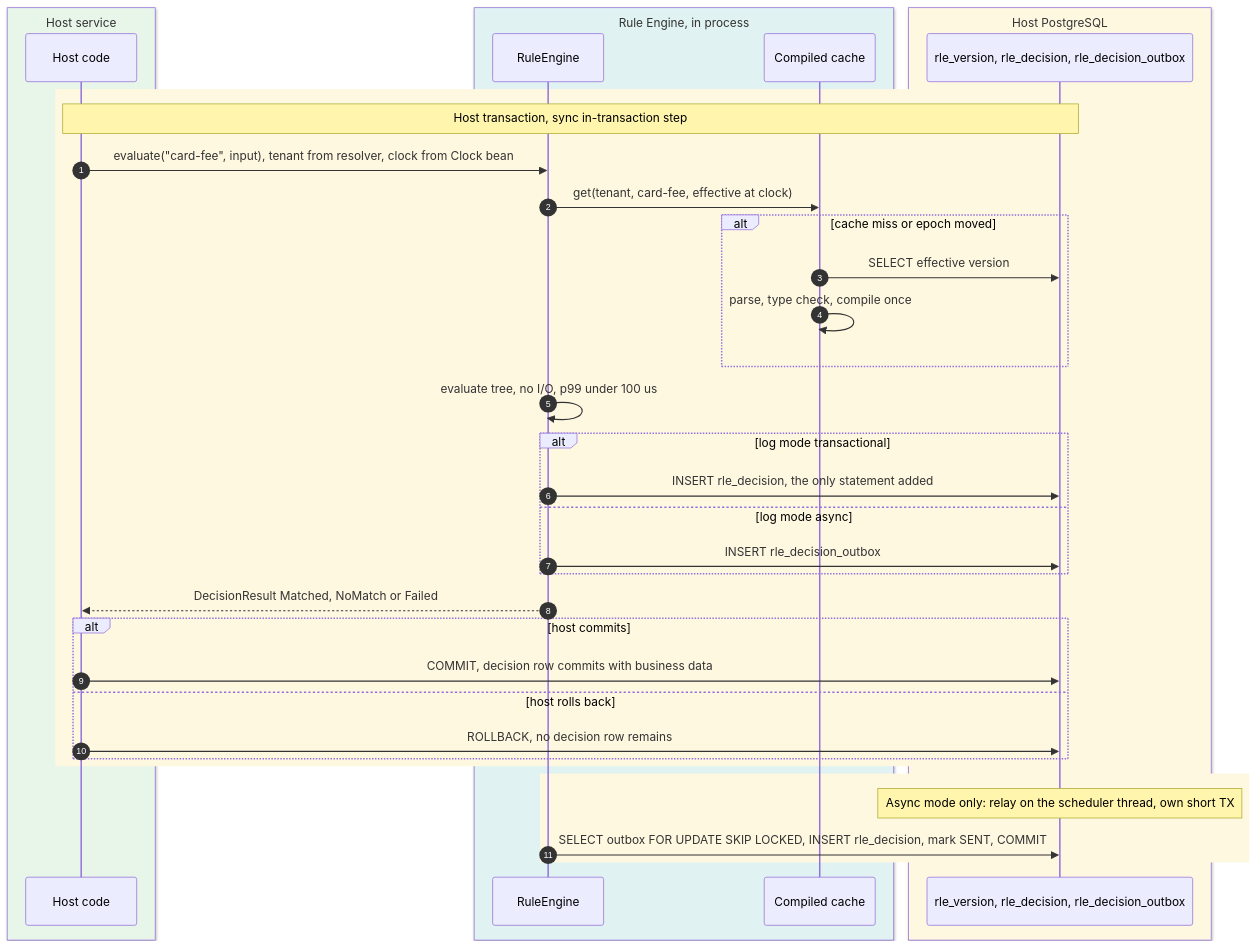
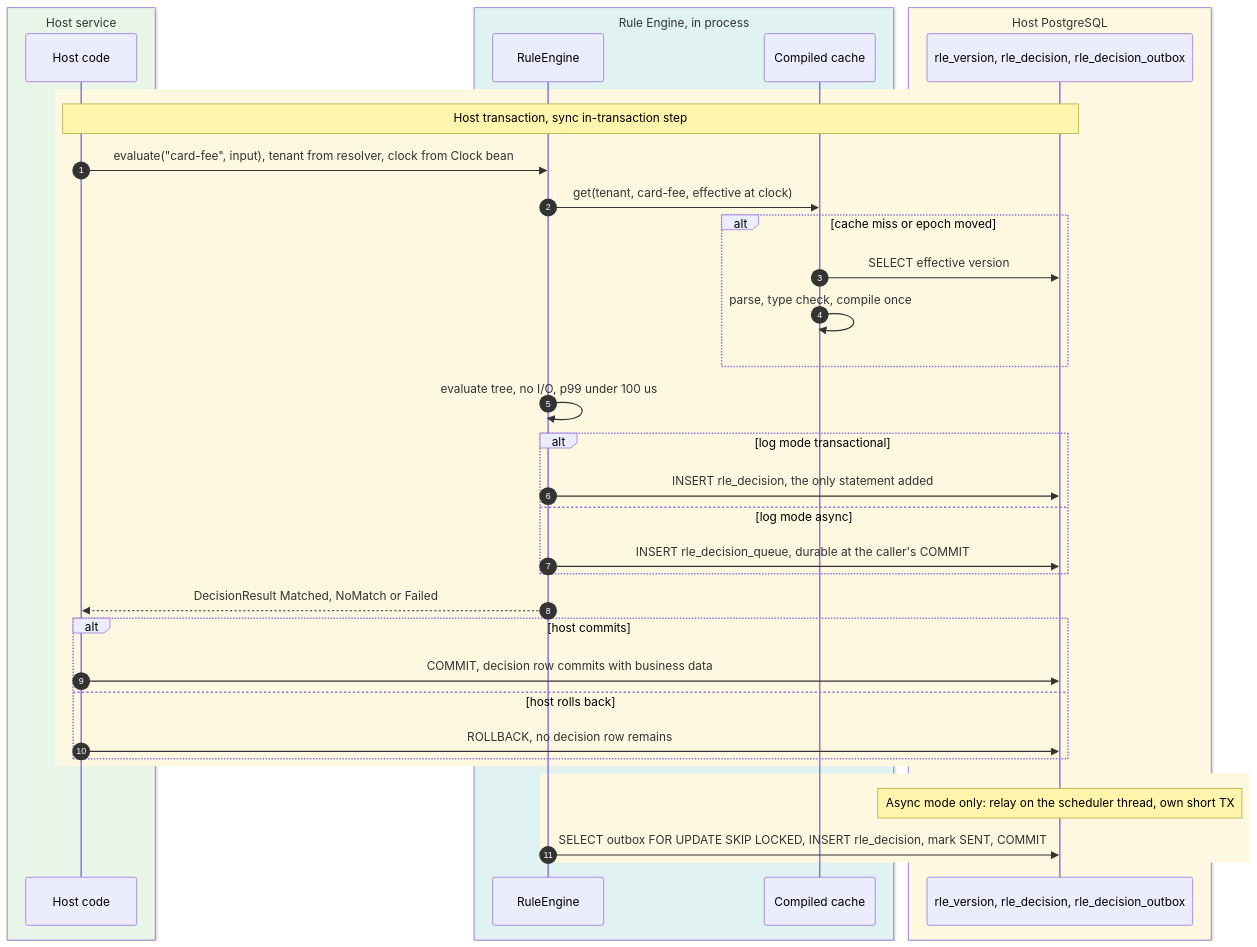
Before and after one commit to dhluong90/horus-Agentic-BPM: the diagram in rule-engine/docs/diagrams/evaluate-decision.mmd, drawn with Mermaid. The commit also changed 29 other files, not shown here.

First line of the commit message:
feat(rule-engine): opt-in asynchronous decision log with a durable queue and a named refusal (#45)

```diff
--- a/rule-engine/docs/diagrams/evaluate-decision.mmd
+++ b/rule-engine/docs/diagrams/evaluate-decision.mmd
@@ -1,37 +1,37 @@
 sequenceDiagram
   autonumber
   box rgb(232,245,233) Host service
     participant A as Host code
   end
   box rgb(224,242,241) Rule Engine, in process
     participant E as RuleEngine
     participant C as Compiled cache
   end
   box rgb(255,248,225) Host PostgreSQL
     participant DB as rle_version, rle_decision, rle_decision_outbox
   end
   rect rgb(255,248,225)
     Note over A,DB: Host transaction, sync in-transaction step
     A->>E: evaluate("card-fee", input), tenant from resolver, clock from Clock bean
     E->>C: get(tenant, card-fee, effective at clock)
     alt cache miss or epoch moved
       C->>DB: SELECT effective version
       C->>C: parse, type check, compile once
     end
     E->>E: evaluate tree, no I/O, p99 under 100 us
     alt log mode transactional
       E->>DB: INSERT rle_decision, the only statement added
     else log mode async
-      E->>DB: INSERT rle_decision_outbox
+      E->>DB: INSERT rle_decision_queue, durable at the caller's COMMIT
     end
     E-->>A: DecisionResult Matched, NoMatch or Failed
     alt host commits
       A->>DB: COMMIT, decision row commits with business data
     else host rolls back
       A->>DB: ROLLBACK, no decision row remains
     end
   end
   rect rgb(255,248,225)
     Note over DB: Async mode only: relay on the scheduler thread, own short TX
     E->>DB: SELECT outbox FOR UPDATE SKIP LOCKED, INSERT rle_decision, mark SENT, COMMIT
   end
```
